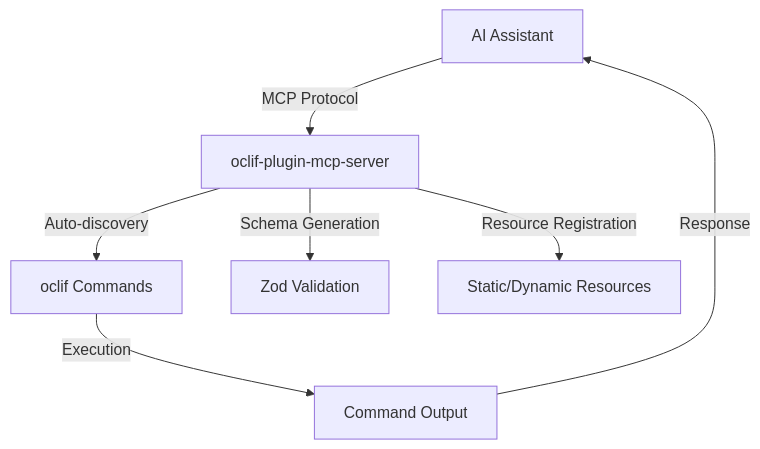
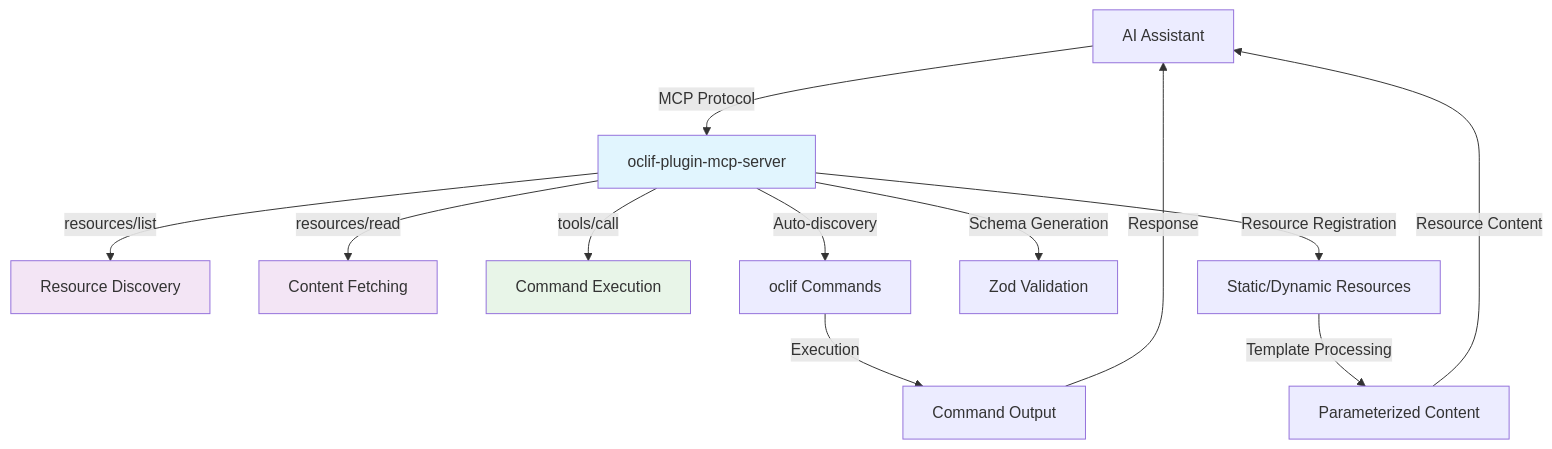
One commit to npjonath/plugin-oclif-mcp-server changed the first of 2 diagrams in README.md. Above: the diagram before and after it, drawn with Mermaid. The commit also changed other lines of this file, not shown here.

````diff
--- a/README.md
+++ b/README.md
@@ -224,9 +336,22 @@
 ```mermaid
 graph TB
     A[AI Assistant] -->|MCP Protocol| B[oclif-plugin-mcp-server]
-    B -->|Auto-discovery| C[oclif Commands]
-    B -->|Schema Generation| D[Zod Validation]
-    B -->|Resource Registration| E[Static/Dynamic Resources]
-    C -->|Execution| F[Command Output]
-    F -->|Response| A
+    B -->|resources/list| C[Resource Discovery]
+    B -->|resources/read| D[Content Fetching]
+    B -->|tools/call| E[Command Execution]
+
+    B -->|Auto-discovery| F[oclif Commands]
+    B -->|Schema Generation| G[Zod Validation]
+    B -->|Resource Registration| H[Static/Dynamic Resources]
+
+    F -->|Execution| I[Command Output]
+    H -->|Template Processing| J[Parameterized Content]
+
+    I -->|Response| A
+    J -->|Resource Content| A
+
+    style B fill:#e1f5fe
+    style C fill:#f3e5f5
+    style D fill:#f3e5f5
+    style E fill:#e8f5e8
 ```
````
